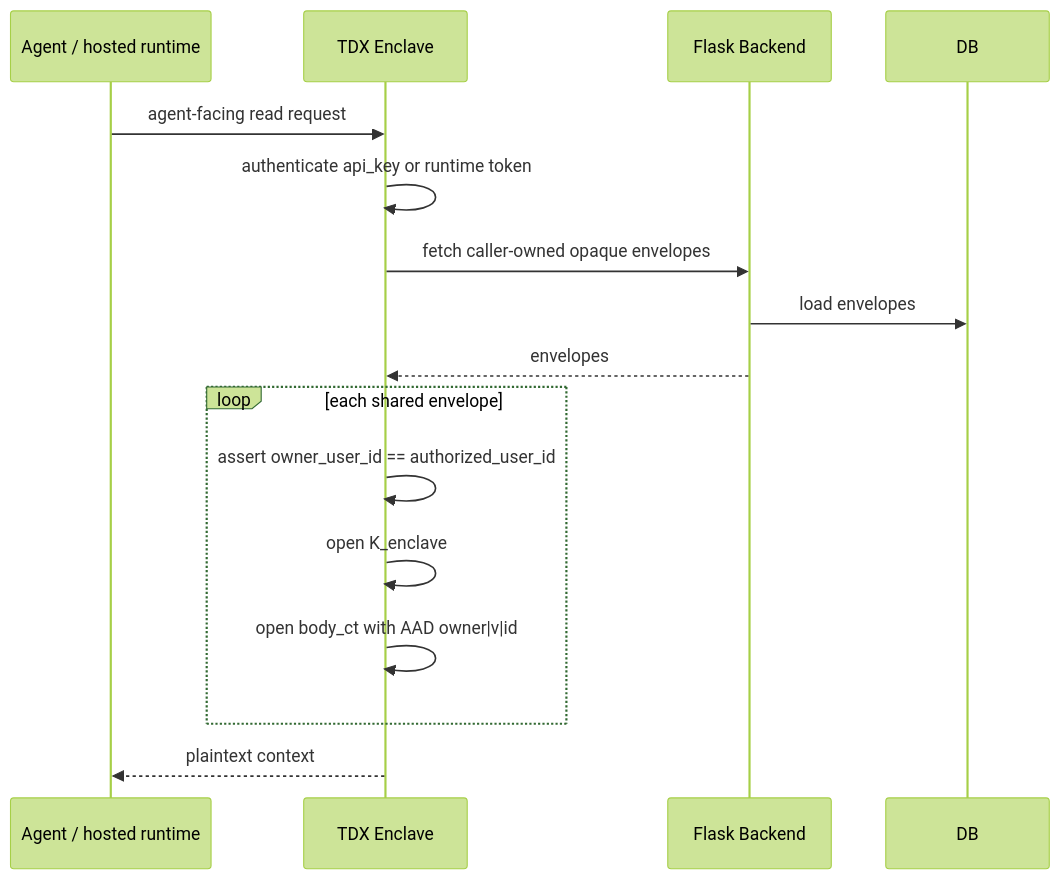
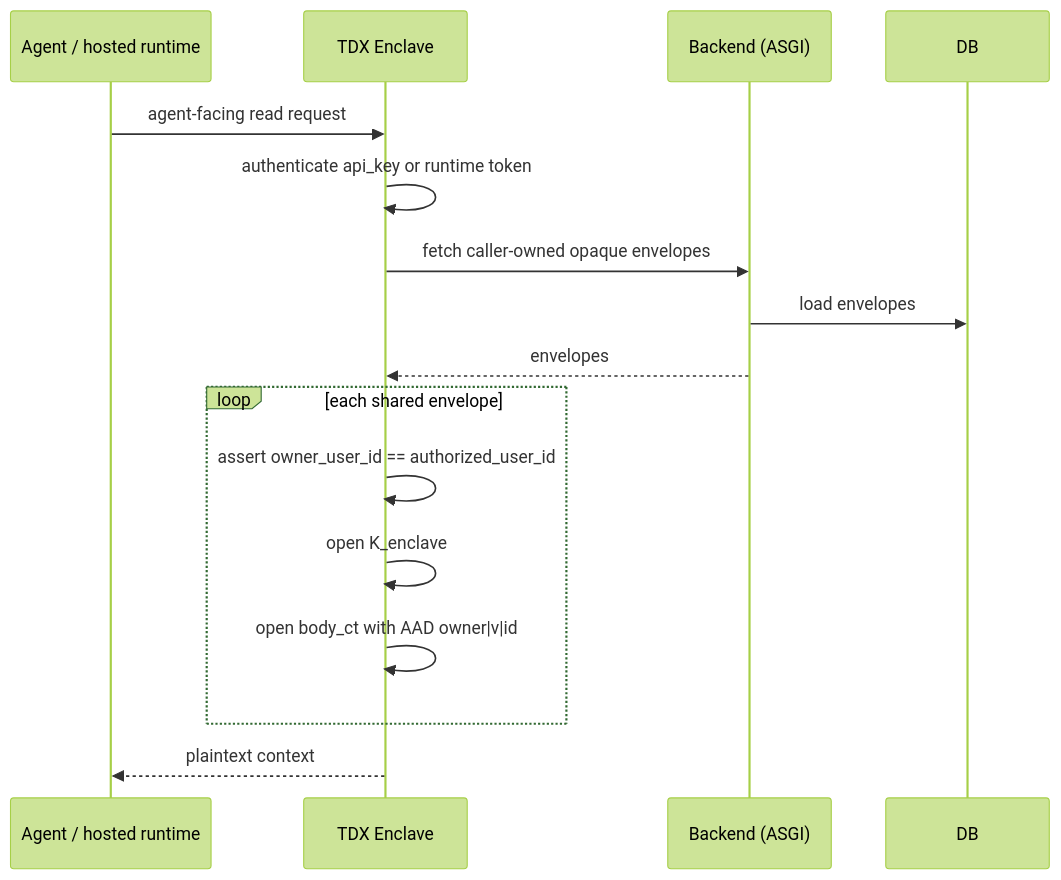
One commit to sonnyproto/feedling-mcp changed the tenth of 13 diagrams in docs/CONTENT_ENCRYPTION_INTERACTION_CURRENT.md. Above: the diagram before and after it, drawn with Mermaid (forest theme). The commit also changed other lines of this file and 42 other files, not shown here.

````diff
--- a/docs/CONTENT_ENCRYPTION_INTERACTION_CURRENT.md
+++ b/docs/CONTENT_ENCRYPTION_INTERACTION_CURRENT.md
@@ -311,19 +311,19 @@
 ```mermaid
 sequenceDiagram
     participant Agent as Agent / hosted runtime
     participant Enclave as TDX Enclave
-    participant API as Flask Backend
+    participant API as Backend (ASGI)
     participant DB as DB
 
     Agent->>Enclave: agent-facing read request
     Enclave->>Enclave: authenticate api_key or runtime token
     Enclave->>API: fetch caller-owned opaque envelopes
     API->>DB: load envelopes
     API-->>Enclave: envelopes
     loop each shared envelope
         Enclave->>Enclave: assert owner_user_id == authorized_user_id
         Enclave->>Enclave: open K_enclave
         Enclave->>Enclave: open body_ct with AAD owner|v|id
     end
     Enclave-->>Agent: plaintext context
 ```
````
